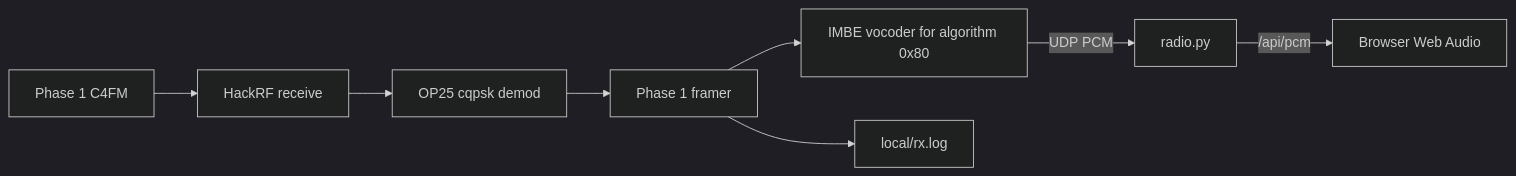
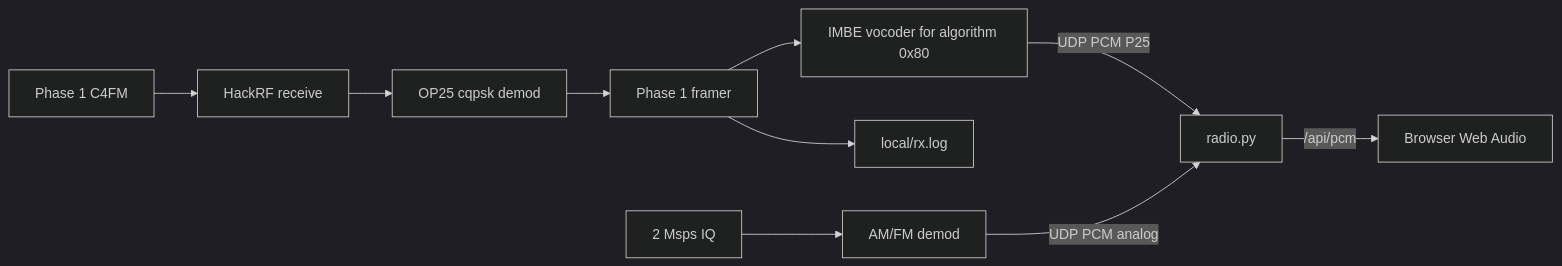
Before and after one commit to tmdrake/jim-p25: the fourth of 5 diagrams in README.md, drawn with Mermaid (dark theme). The commit also changed other lines of this file and 9 other files, not shown here.

````diff
--- a/README.md
+++ b/README.md
@@ -148,10 +150,12 @@
 ```mermaid
 flowchart LR
     air[Phase 1 C4FM] --> hackrf[HackRF receive]
     hackrf --> demod[OP25 cqpsk demod]
     demod --> frames[Phase 1 framer]
     frames --> vocoder[IMBE vocoder for algorithm 0x80]
-    vocoder -->|UDP PCM| tap[radio.py]
+    vocoder -->|UDP PCM P25| tap[radio.py]
+    iq[2 Msps IQ] --> analog[AM/FM demod]
+    analog -->|UDP PCM analog| tap
     tap -->|/api/pcm| browser[Browser Web Audio]
     frames --> log[local/rx.log]
 ```
````
